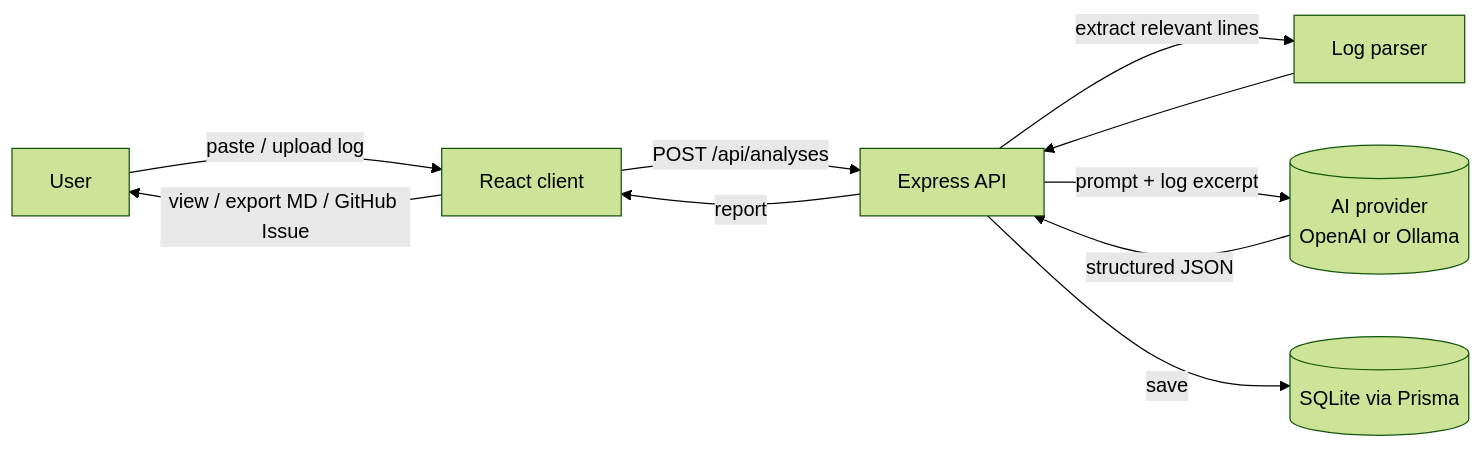
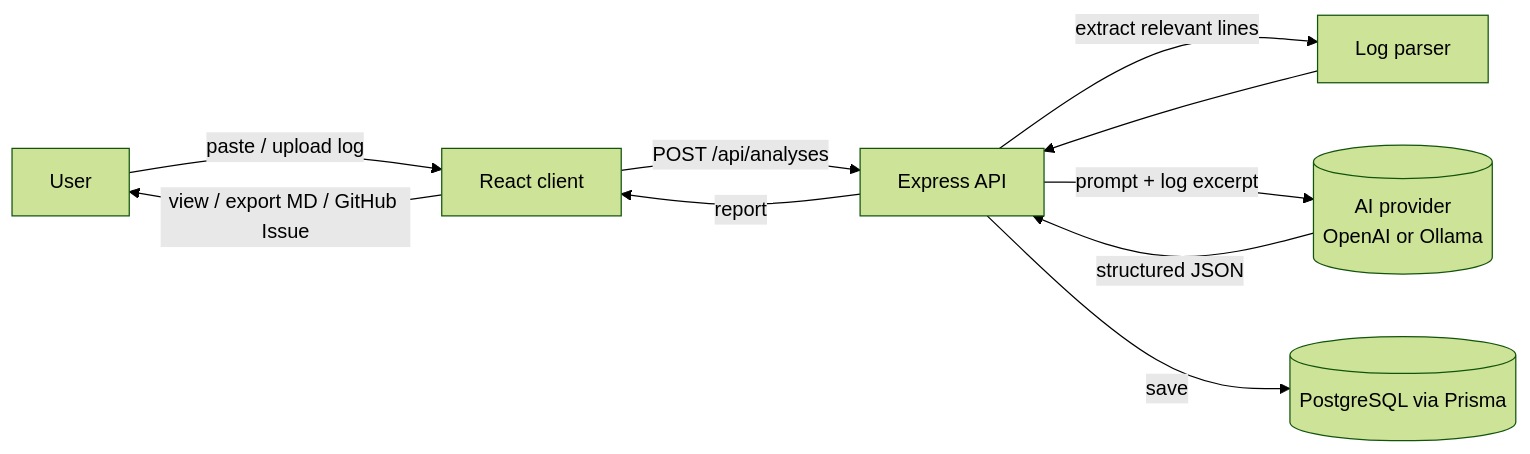
The diagram in docs/architecture.md (jacknegri89/LogLens), drawn with Mermaid (forest theme) before and after one commit. The commit also changed other lines of this file and 332 other files, not shown here.

````diff
--- a/docs/architecture.md
+++ b/docs/architecture.md
@@ -9,12 +9,12 @@
 ```mermaid
 flowchart LR
     U[User] -->|paste / upload log| C[React client]
     C -->|POST /api/analyses| S[Express API]
     S -->|extract relevant lines| P[Log parser]
     P --> S
     S -->|prompt + log excerpt| AI[(AI provider\nOpenAI or Ollama)]
     AI -->|structured JSON| S
-    S -->|save| DB[(SQLite via Prisma)]
+    S -->|save| DB[(PostgreSQL via Prisma)]
     S -->|report| C
     C -->|view / export MD / GitHub Issue| U
 ```
````
